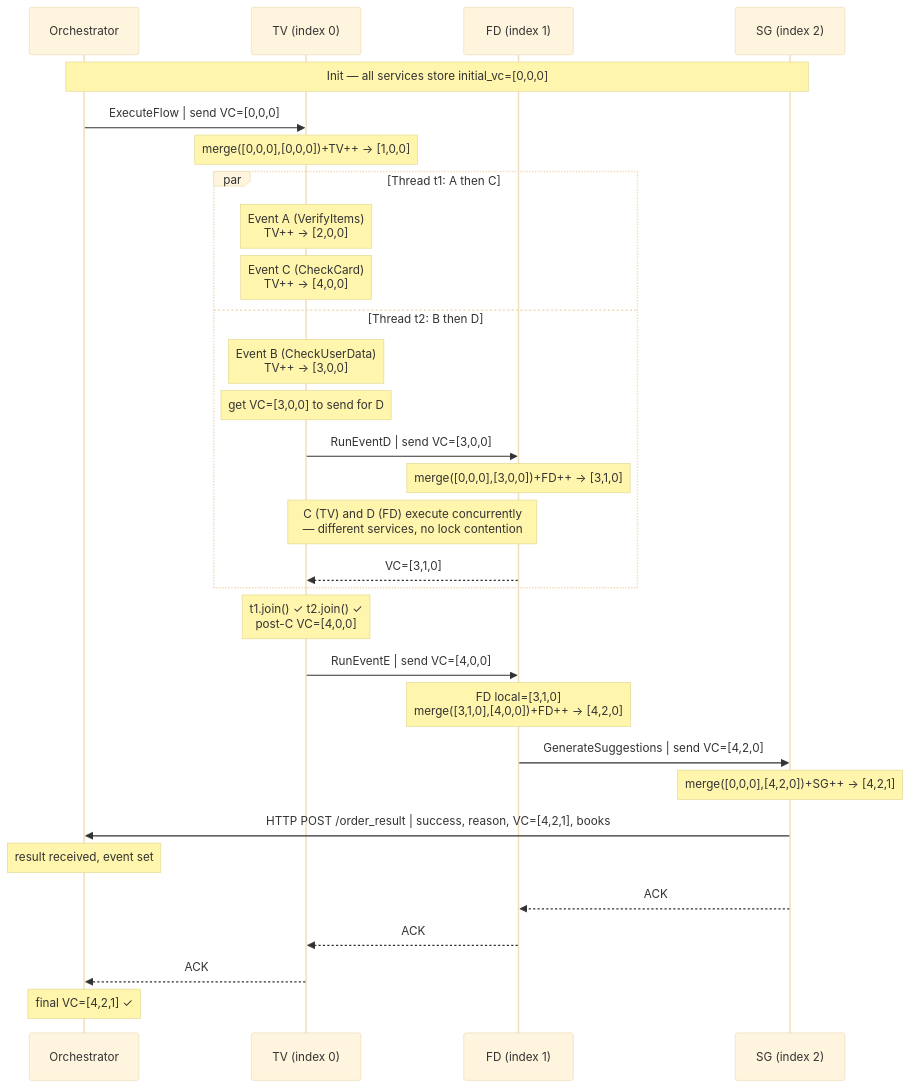
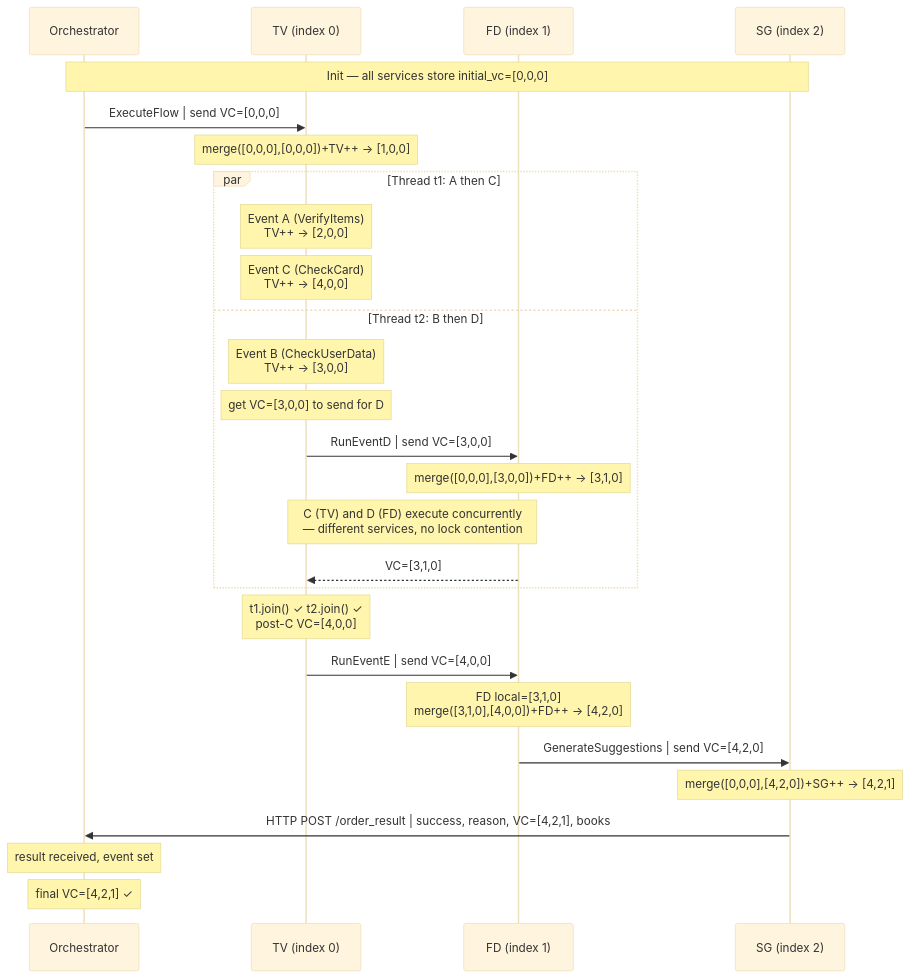
The fifth of 5 diagrams in docs/README.md (M1ngiii/ds-practice-2025), drawn with Mermaid (base theme) before and after one commit.

Commit message:
Updated README diagram

````diff
--- a/docs/README.md
+++ b/docs/README.md
@@ -240,37 +240,34 @@
 ```mermaid
 sequenceDiagram
     participant O  as Orchestrator
     participant TV as TV (index 0)
     participant FD as FD (index 1)
     participant SG as SG (index 2)
 
     Note over O,SG: Init — all services store initial_vc=[0,0,0]
 
     O->>TV: ExecuteFlow | send VC=[0,0,0]
     Note over TV: merge([0,0,0],[0,0,0])+TV++ → [1,0,0]
 
     par Thread t1: A then C
         Note over TV: Event A (VerifyItems)<br/>TV++ → [2,0,0]
         Note over TV: Event C (CheckCard)<br/>TV++ → [4,0,0]
     and Thread t2: B then D
         Note over TV: Event B (CheckUserData)<br/>TV++ → [3,0,0]
         Note over TV: get VC=[3,0,0] to send for D
         TV->>FD: RunEventD | send VC=[3,0,0]
         Note over FD: merge([0,0,0],[3,0,0])+FD++ → [3,1,0]
         Note over TV,FD: C (TV) and D (FD) execute concurrently<br/>— different services, no lock contention
         FD-->>TV: VC=[3,1,0]
     end
 
     Note over TV: t1.join() ✓  t2.join() ✓<br/>post-C VC=[4,0,0]
 
     TV->>FD: RunEventE | send VC=[4,0,0]
     Note over FD: FD local=[3,1,0]<br/>merge([3,1,0],[4,0,0])+FD++ → [4,2,0]
     FD->>SG: GenerateSuggestions | send VC=[4,2,0]
     Note over SG: merge([0,0,0],[4,2,0])+SG++ → [4,2,1]
     SG->>O: HTTP POST /order_result | success, reason, VC=[4,2,1], books
     Note over O: result received, event set
-    SG-->>FD: ACK
-    FD-->>TV: ACK
-    TV-->>O: ACK
     Note over O: final VC=[4,2,1] ✓
 ```
````
